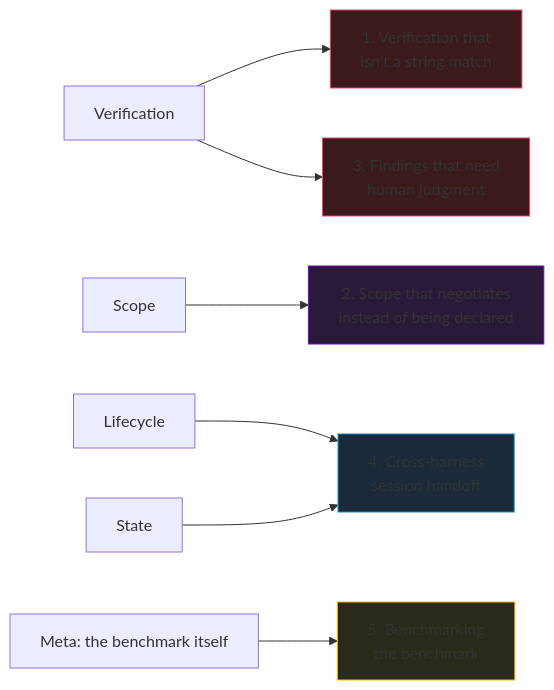
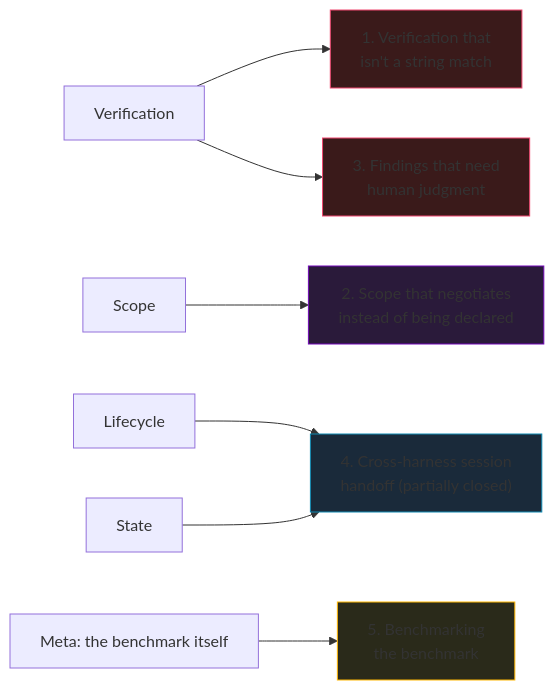
One commit to Nitin13-git/learn-harness-security changed the diagram in docs/open-problems.md. Above: the diagram before and after it, drawn with Mermaid. The commit also changed other lines of this file, not shown here.

First line of the commit message:
Open Problem #4: note it's partially closed by HCP's new Python<->TypeScript interop proof

````diff
--- a/docs/open-problems.md
+++ b/docs/open-problems.md
@@ -7,15 +7,15 @@
 ```mermaid
 flowchart LR
     V[Verification] --> P1[1. Verification that<br/>isn't a string match]
     V --> P3[3. Findings that need<br/>human judgment]
     S[Scope] --> P2[2. Scope that negotiates<br/>instead of being declared]
-    L[Lifecycle] --> P4[4. Cross-harness<br/>session handoff]
+    L[Lifecycle] --> P4["4. Cross-harness session<br/>handoff (partially closed)"]
     St[State] --> P4
     Meta[Meta: the benchmark itself] --> P5[5. Benchmarking<br/>the benchmark]
 
     style P1 fill:#3a1a1a,stroke:#ef476f
     style P3 fill:#3a1a1a,stroke:#ef476f
     style P2 fill:#2a1a3a,stroke:#7209b7
     style P4 fill:#1a2a3a,stroke:#118ab2
     style P5 fill:#2a2a1a,stroke:#ffb703
 ```
````
